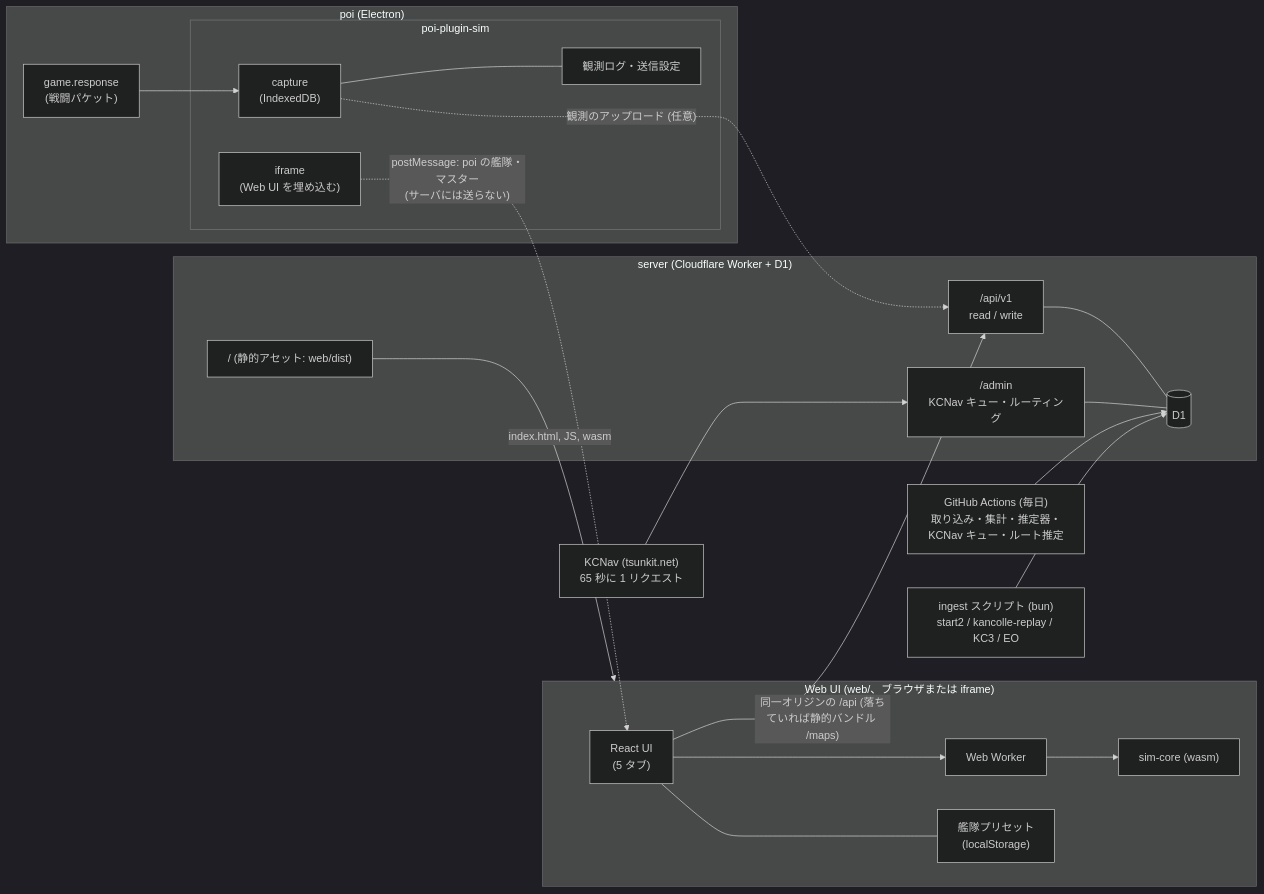
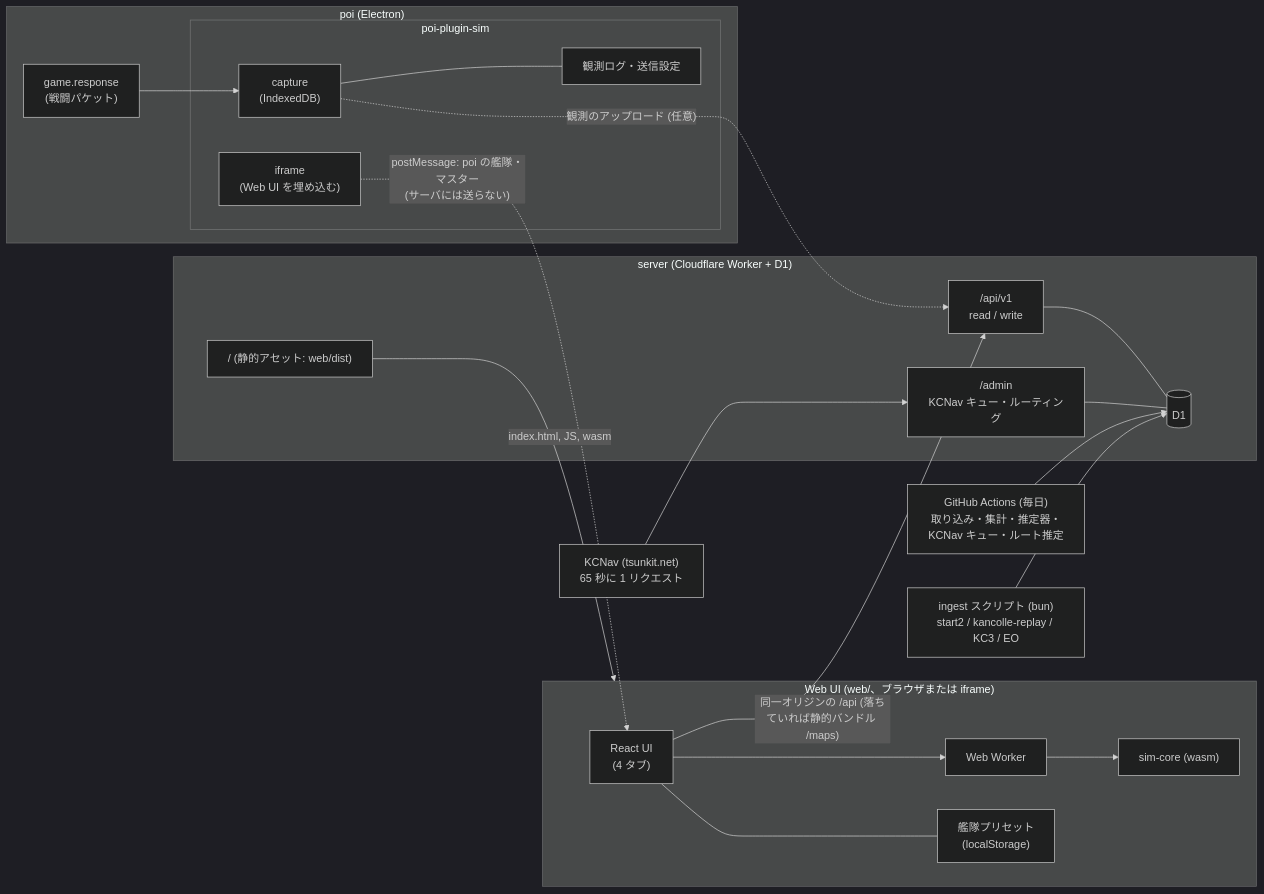
Before and after one commit to gitdmnt/kc-sim: the diagram in README.md, drawn with Mermaid (dark theme). The commit also changed other lines of this file and 13 other files, not shown here.

````diff
--- a/README.md
+++ b/README.md
@@ -26,36 +26,36 @@
 ```mermaid
 flowchart LR
   subgraph poi["poi (Electron)"]
     GR["game.response<br/>(戦闘パケット)"]
     subgraph plugin["poi-plugin-sim"]
       CAP["capture<br/>(IndexedDB)"]
       LOG["観測ログ・送信設定"]
       FRAME["iframe<br/>(Web UI を埋め込む)"]
     end
     GR --> CAP
     CAP --- LOG
   end
   subgraph browser["Web UI (web/、ブラウザまたは iframe)"]
-    UI["React UI<br/>(5 タブ)"]
+    UI["React UI<br/>(4 タブ)"]
     WK["Web Worker"]
     WASM["sim-core (wasm)"]
     PRE["艦隊プリセット<br/>(localStorage)"]
     UI --> WK --> WASM
     UI --- PRE
   end
   FRAME -.->|"postMessage: poi の艦隊・マスター<br/>(サーバには送らない)"| UI
   subgraph dw["server (Cloudflare Worker + D1)"]
     ASSETS["/ (静的アセット: web/dist)"]
     API["/api/v1<br/>read / write"]
     ADM["/admin<br/>KCNav キュー・ルーティング"]
     D1[("D1")]
     API --- D1
     ADM --- D1
   end
   GHA["GitHub Actions (毎日)<br/>取り込み・集計・推定器・KCNav キュー・ルート推定"] --> D1
   ASSETS -->|"index.html, JS, wasm"| browser
   UI -->|"同一オリジンの /api (落ちていれば静的バンドル /maps)"| API
   CAP -.->|"観測のアップロード (任意)"| API
   ING["ingest スクリプト (bun)<br/>start2 / kancolle-replay / KC3 / EO"] --> D1
   KC["KCNav (tsunkit.net)<br/>65 秒に 1 リクエスト"] --> ADM
 ```
````
